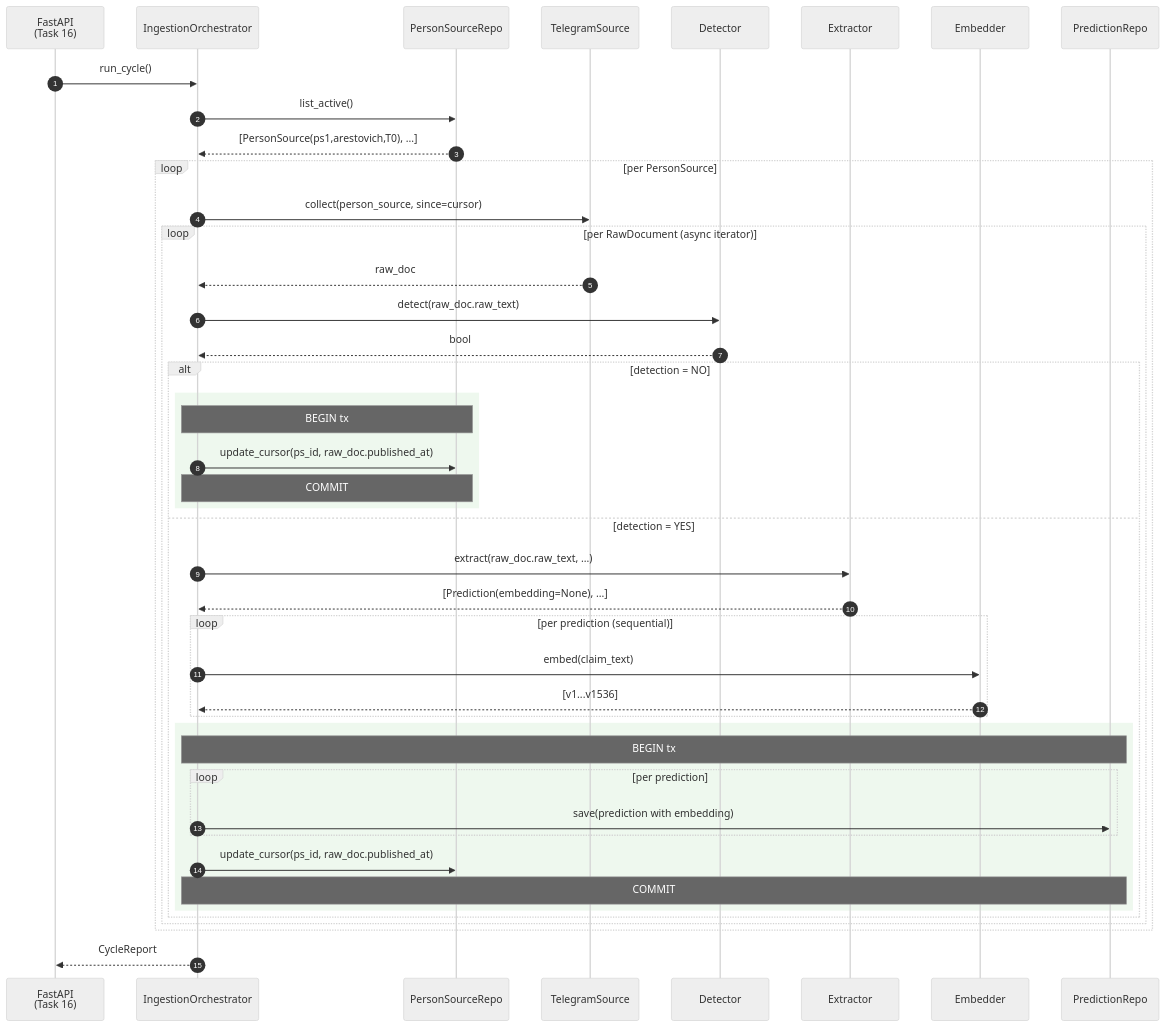
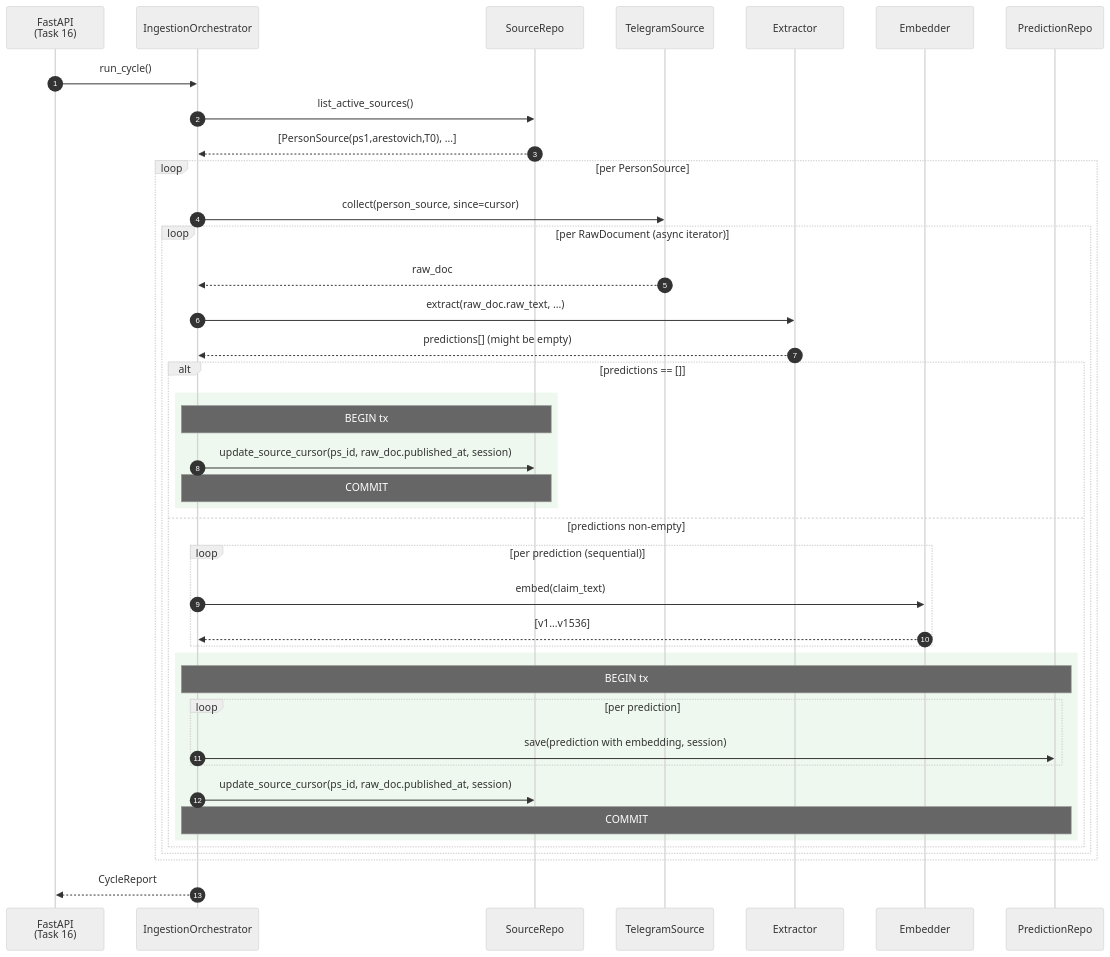
The first of 2 diagrams in docs/ingestion-to-aws/2026-05-01-ingestion-orchestrator-design.md (evgeniy44/prediction-tracker), drawn with Mermaid (neutral theme) before and after one commit. The commit also changed other lines of this file, not shown here.

````diff
--- a/docs/ingestion-to-aws/2026-05-01-ingestion-orchestrator-design.md
+++ b/docs/ingestion-to-aws/2026-05-01-ingestion-orchestrator-design.md
@@ -120,50 +120,47 @@
 ```mermaid
 sequenceDiagram
     autonumber
     participant API as FastAPI<br/>(Task 16)
     participant ORC as IngestionOrchestrator
-    participant SR as PersonSourceRepo
+    participant SR as SourceRepo
     participant TG as TelegramSource
-    participant DET as Detector
     participant EXT as Extractor
     participant EMB as Embedder
     participant PR as PredictionRepo
 
     API->>ORC: run_cycle()
-    ORC->>SR: list_active()
+    ORC->>SR: list_active_sources()
     SR-->>ORC: [PersonSource(ps1,arestovich,T0), ...]
 
     loop per PersonSource
         ORC->>TG: collect(person_source, since=cursor)
         loop per RawDocument (async iterator)
             TG-->>ORC: raw_doc
-            ORC->>DET: detect(raw_doc.raw_text)
-            DET-->>ORC: bool
+            ORC->>EXT: extract(raw_doc.raw_text, ...)
+            EXT-->>ORC: predictions[] (might be empty)
 
-            alt detection = NO
+            alt predictions == []
                 rect rgba(200,230,200,0.3)
                 Note over ORC,SR: BEGIN tx
-                ORC->>SR: update_cursor(ps_id, raw_doc.published_at)
+                ORC->>SR: update_source_cursor(ps_id, raw_doc.published_at, session)
                 Note over ORC,SR: COMMIT
                 end
-            else detection = YES
-                ORC->>EXT: extract(raw_doc.raw_text, ...)
-                EXT-->>ORC: [Prediction(embedding=None), ...]
+            else predictions non-empty
                 loop per prediction (sequential)
                     ORC->>EMB: embed(claim_text)
                     EMB-->>ORC: [v1...v1536]
                 end
                 rect rgba(200,230,200,0.3)
                 Note over ORC,PR: BEGIN tx
                 loop per prediction
-                    ORC->>PR: save(prediction with embedding)
+                    ORC->>PR: save(prediction with embedding, session)
                 end
-                ORC->>SR: update_cursor(ps_id, raw_doc.published_at)
+                ORC->>SR: update_source_cursor(ps_id, raw_doc.published_at, session)
                 Note over ORC,PR: COMMIT
                 end
             end
         end
     end
 
     ORC-->>API: CycleReport
 ```
````
